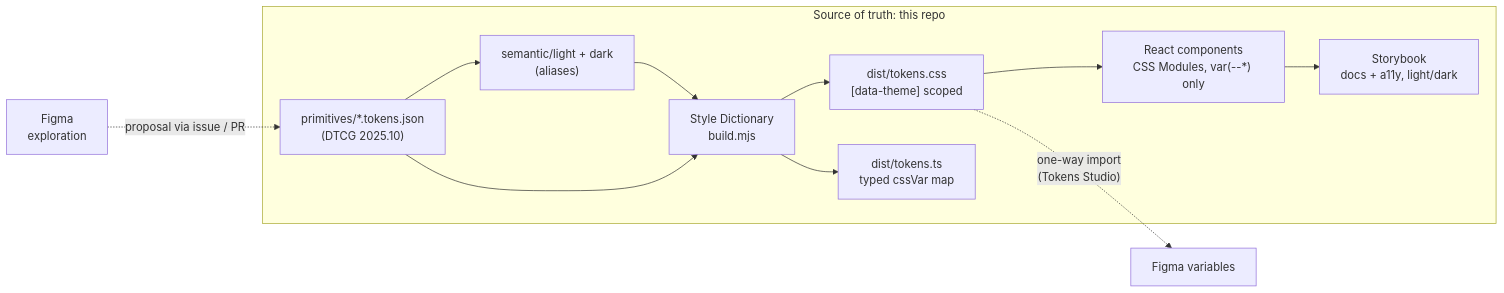
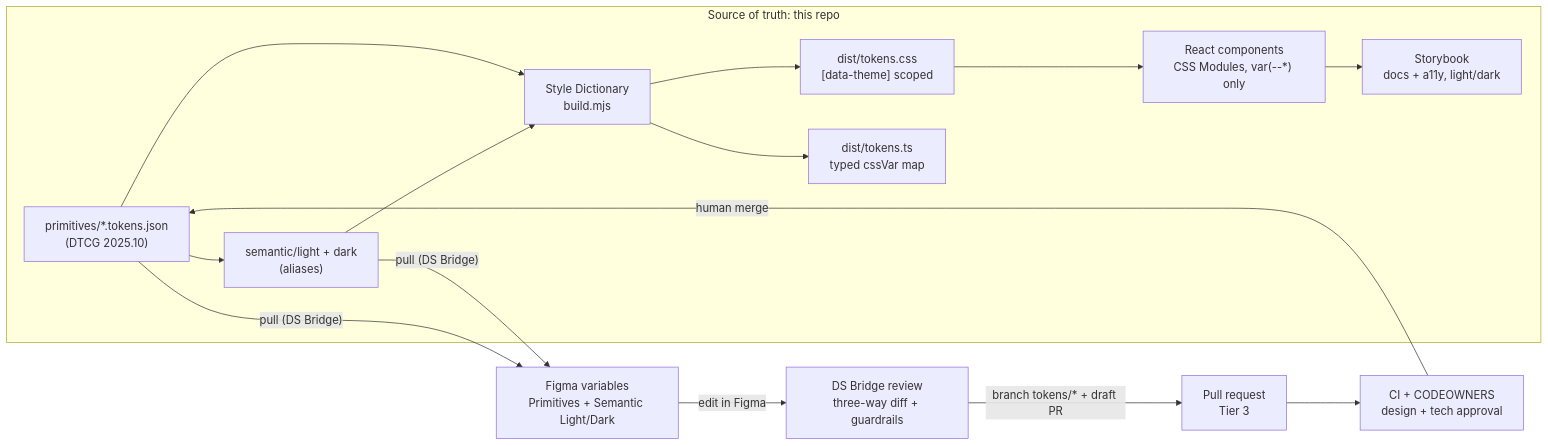
Before and after one commit to peterbono/ai-design-system-demo: the diagram in docs/ARCHITECTURE.md, drawn with Mermaid. The commit also changed other lines of this file and 49 other files, not shown here.

First line of the commit message:
feat(figma-plugin): add DS Bridge, Git-first token sync for Figma Variables

````diff
--- a/docs/ARCHITECTURE.md
+++ b/docs/ARCHITECTURE.md
@@ -5,14 +5,18 @@
 ```mermaid
 flowchart LR
   subgraph repo["Source of truth: this repo"]
     P["primitives/*.tokens.json<br/>(DTCG 2025.10)"] --> S["semantic/light + dark<br/>(aliases)"]
     S --> SD["Style Dictionary<br/>build.mjs"]
     P --> SD
     SD --> CSS["dist/tokens.css<br/>[data-theme] scoped"]
     SD --> TS["dist/tokens.ts<br/>typed cssVar map"]
     CSS --> C["React components<br/>CSS Modules, var(--*) only"]
     C --> SB["Storybook<br/>docs + a11y, light/dark"]
   end
-  F["Figma<br/>exploration"] -. "proposal via issue / PR" .-> P
-  CSS -. "one-way import<br/>(Tokens Studio)" .-> FV["Figma variables"]
+  P -- "pull (DS Bridge)" --> FV["Figma variables<br/>Primitives + Semantic Light/Dark"]
+  S -- "pull (DS Bridge)" --> FV
+  FV -- "edit in Figma" --> DB["DS Bridge review<br/>three-way diff + guardrails"]
+  DB -- "branch tokens/* + draft PR" --> PR["Pull request<br/>Tier 3"]
+  PR --> CI["CI + CODEOWNERS<br/>design + tech approval"]
+  CI -- "human merge" --> P
 ```
````
